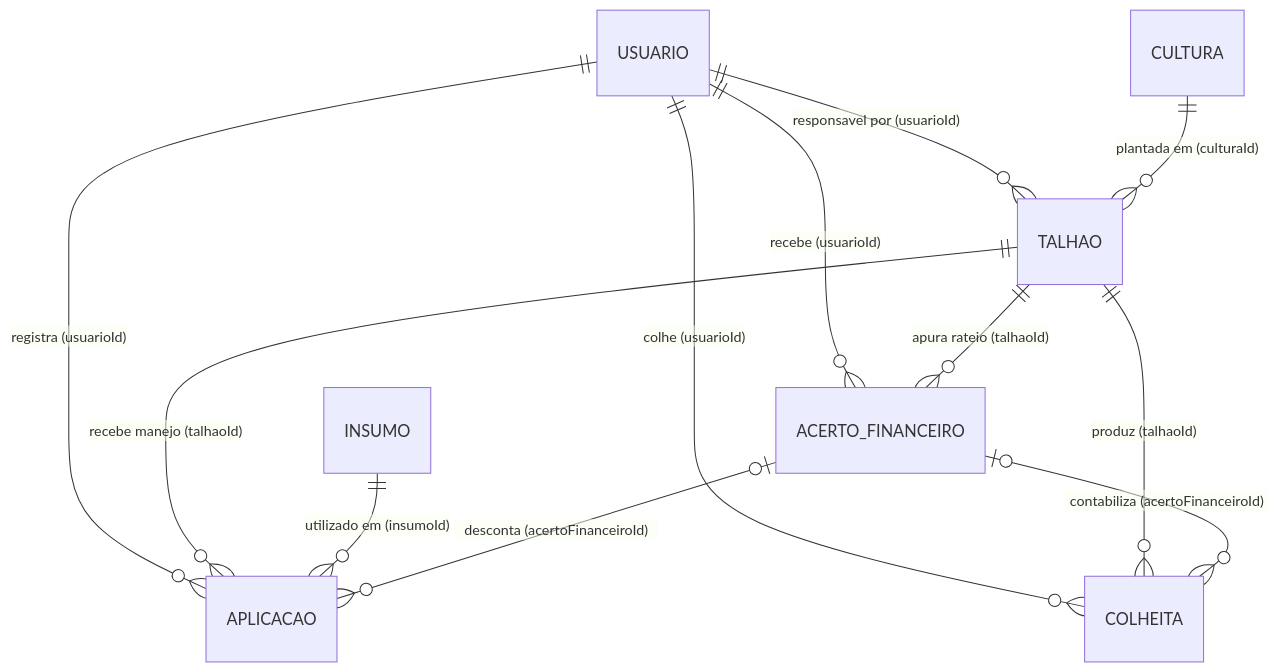
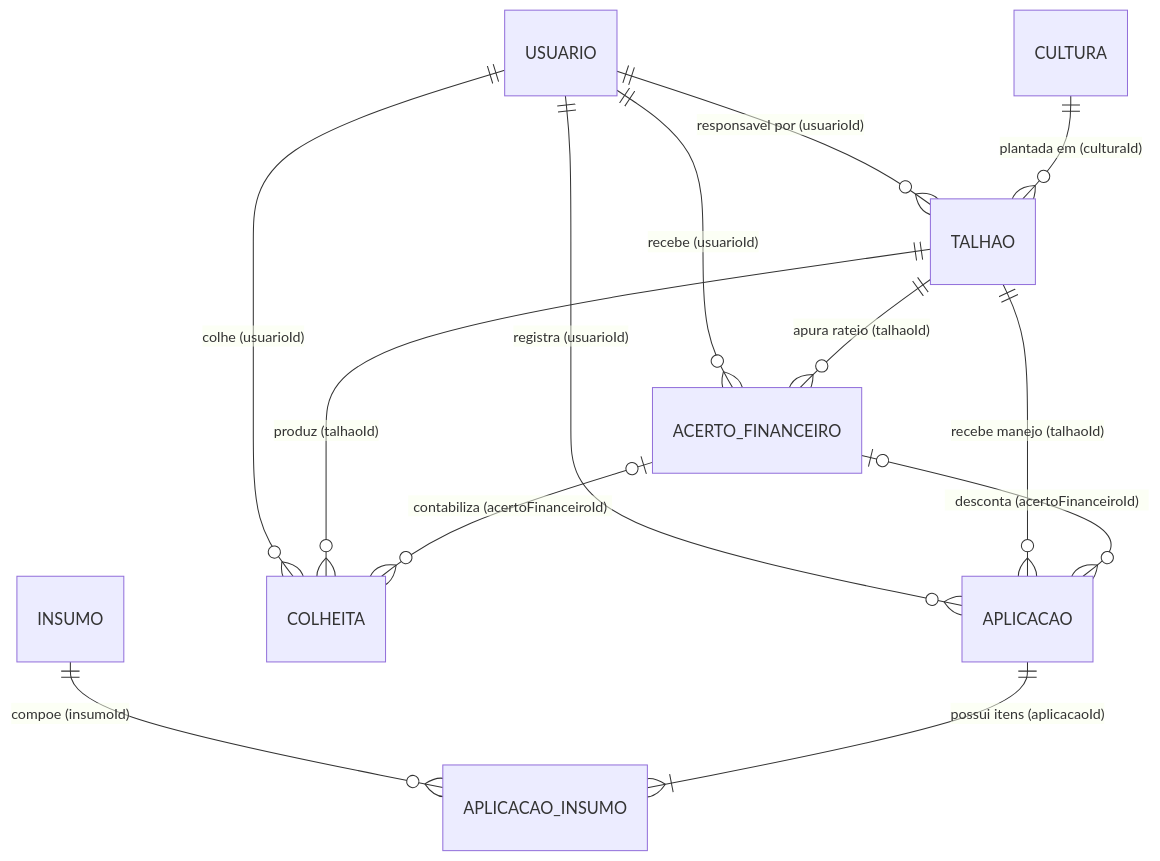
Before and after one commit to Thiagops5/agro-nezer: the first of 2 diagrams in documentacao-tecnica/arquitetura-e-extras/ARQUITETURA_E_EXTRAS.md, drawn with Mermaid. The commit also changed 12 other files, not shown here.

````diff
--- a/documentacao-tecnica/arquitetura-e-extras/ARQUITETURA_E_EXTRAS.md
+++ b/documentacao-tecnica/arquitetura-e-extras/ARQUITETURA_E_EXTRAS.md
@@ -10,18 +10,19 @@
 ```mermaid
 erDiagram
     USUARIO ||--o{ TALHAO : "responsavel por (usuarioId)"
     USUARIO ||--o{ APLICACAO : "registra (usuarioId)"
     USUARIO ||--o{ COLHEITA : "colhe (usuarioId)"
     USUARIO ||--o{ ACERTO_FINANCEIRO : "recebe (usuarioId)"
 
     CULTURA ||--o{ TALHAO : "plantada em (culturaId)"
 
     TALHAO ||--o{ APLICACAO : "recebe manejo (talhaoId)"
     TALHAO ||--o{ COLHEITA : "produz (talhaoId)"
     TALHAO ||--o{ ACERTO_FINANCEIRO : "apura rateio (talhaoId)"
 
-    INSUMO ||--o{ APLICACAO : "utilizado em (insumoId)"
+    INSUMO ||--o{ APLICACAO_INSUMO : "compoe (insumoId)"
+    APLICACAO ||--|{ APLICACAO_INSUMO : "possui itens (aplicacaoId)"
 
     ACERTO_FINANCEIRO |o--o{ APLICACAO : "desconta (acertoFinanceiroId)"
     ACERTO_FINANCEIRO |o--o{ COLHEITA : "contabiliza (acertoFinanceiroId)"
 ```
````
